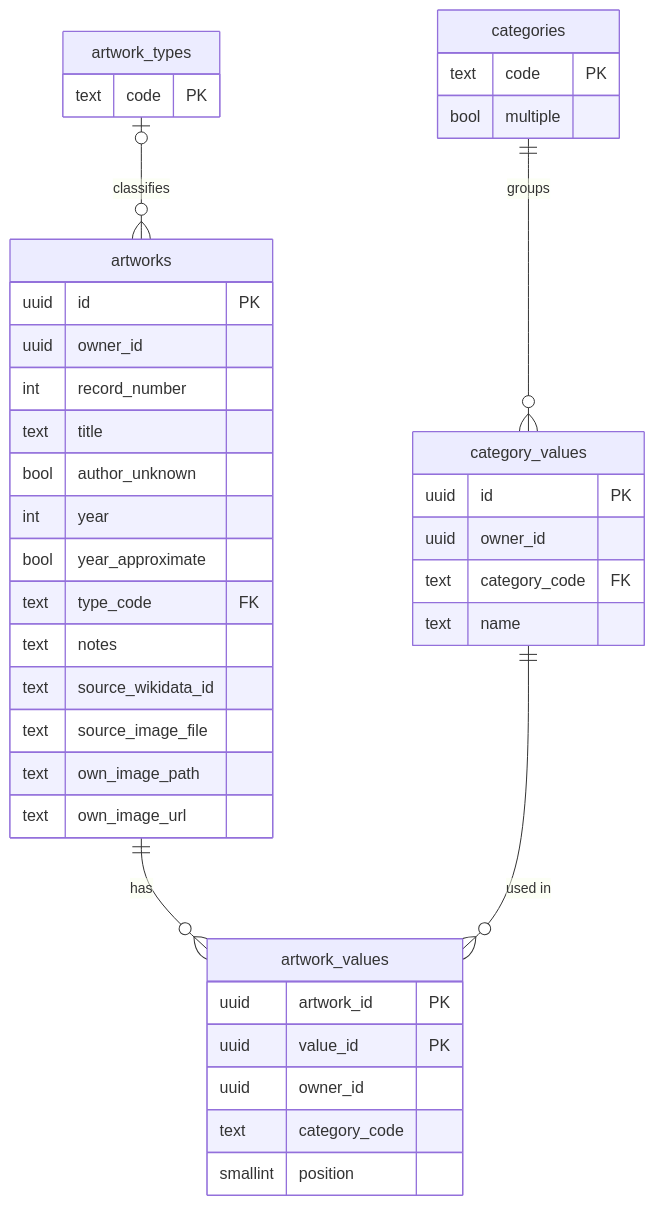
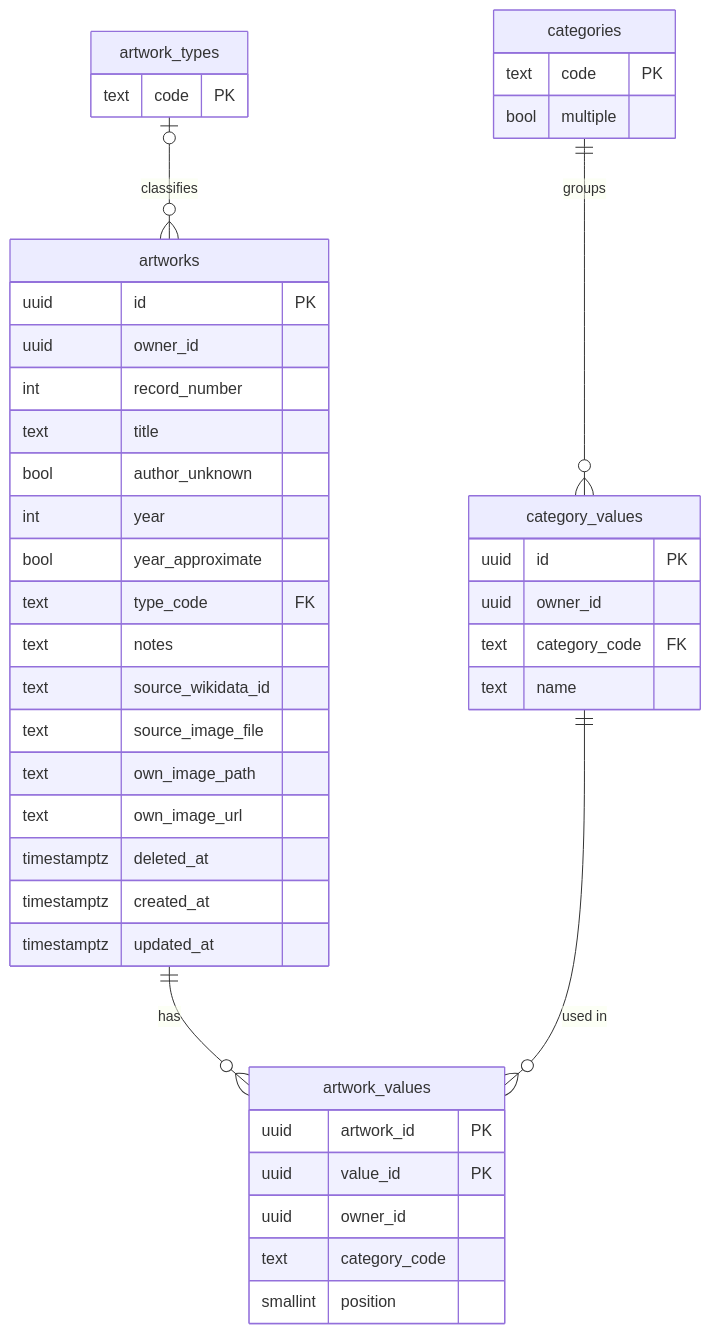
Before and after one commit to kamil-nawrot/study-atelier: the diagram in docs/decisions/0014-artwork-collection-data-model.md, drawn with Mermaid.

Commit message:
docs(decisions): show artwork timestamps in the ADR 0014 diagram
Refs: ATL-17

````diff
--- a/docs/decisions/0014-artwork-collection-data-model.md
+++ b/docs/decisions/0014-artwork-collection-data-model.md
@@ -47,42 +47,45 @@
 ```mermaid
 erDiagram
     artworks ||--o{ artwork_values : has
     category_values ||--o{ artwork_values : "used in"
     categories ||--o{ category_values : groups
     artwork_types |o--o{ artworks : classifies
     artworks {
         uuid id PK
         uuid owner_id
         int record_number
         text title
         bool author_unknown
         int year
         bool year_approximate
         text type_code FK
         text notes
         text source_wikidata_id
         text source_image_file
         text own_image_path
         text own_image_url
+        timestamptz deleted_at
+        timestamptz created_at
+        timestamptz updated_at
     }
     category_values {
         uuid id PK
         uuid owner_id
         text category_code FK
         text name
     }
     artwork_values {
         uuid artwork_id PK
         uuid value_id PK
         uuid owner_id
         text category_code
         smallint position
     }
     categories {
         text code PK
         bool multiple
     }
     artwork_types {
         text code PK
     }
 ```
````
